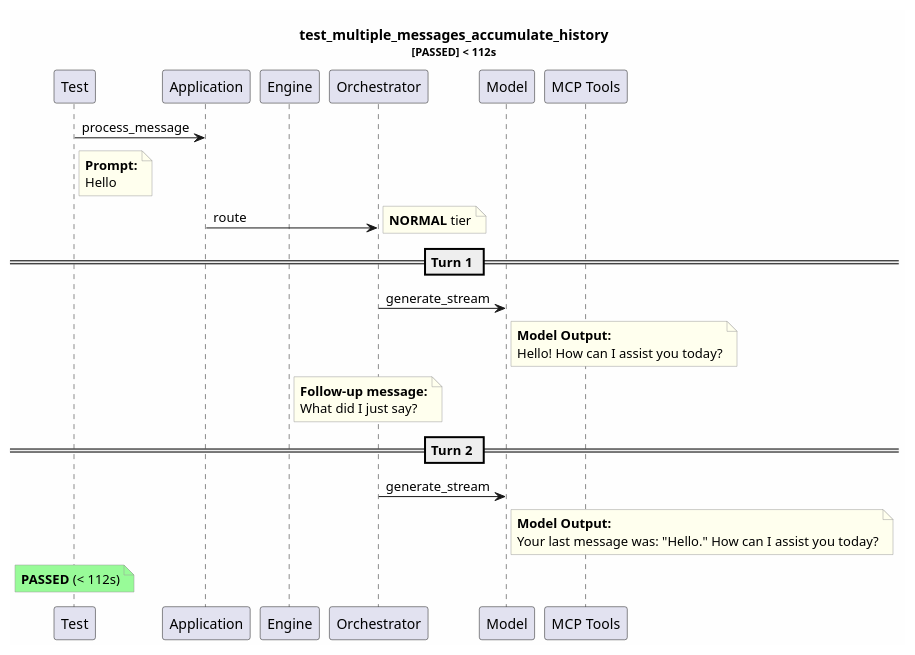
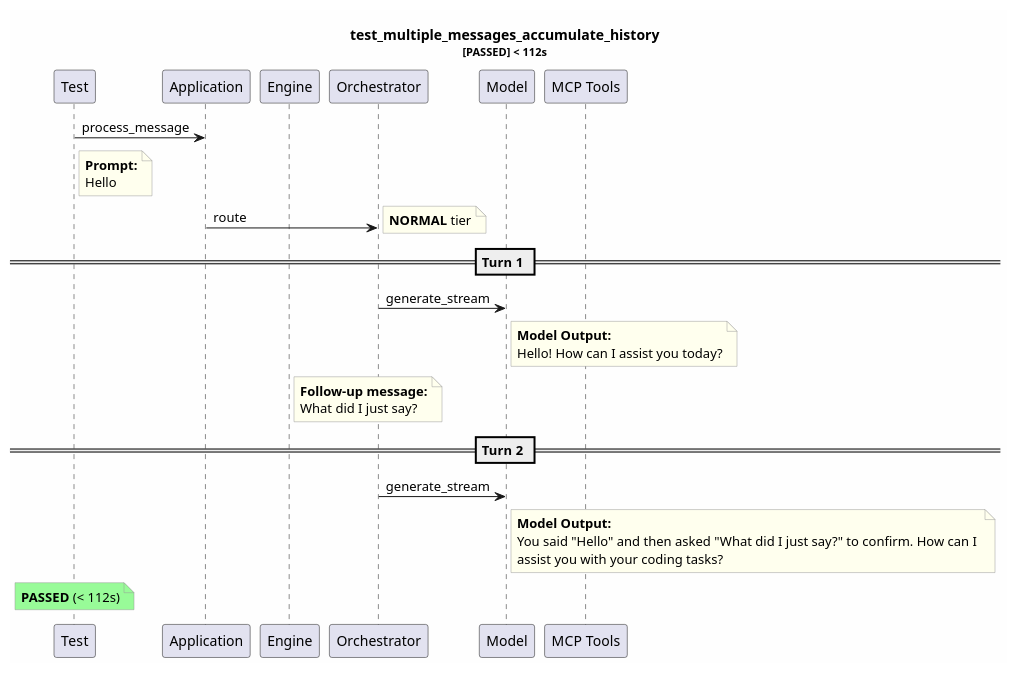
The diagram in test-reports/logs/test_multiple_messages_accumulate_history/test_multiple_messages_accumulate_history.puml (tvanfossen/entropic), drawn with PlantUML before and after one commit. The commit also changed 76 other files, not shown here.

```diff
--- a/test-reports/logs/test_multiple_messages_accumulate_history/test_multiple_messages_accumulate_history.puml
+++ b/test-reports/logs/test_multiple_messages_accumulate_history/test_multiple_messages_accumulate_history.puml
@@ -1,41 +1,42 @@
 @startuml
 skinparam backgroundColor #FEFEFE
 skinparam noteBorderColor #999999
 skinparam noteBackgroundColor #FFFFEE
 title test_multiple_messages_accumulate_history\n<size:11>[PASSED] < 112s</size>
 
 participant "Test" as T
 participant "Application" as App
 participant "Engine" as Eng
 participant "Orchestrator" as Orch
 participant "Model" as Mdl
 participant "MCP Tools" as MCP
 
 T -> App: process_message
 note right of T
   **Prompt:**
   Hello
 end note
 App -> Orch: route
 note right: **NORMAL** tier
 == Turn 1 ==
 Orch -> Mdl: generate_stream
 note right of Mdl
   **Model Output:**
   Hello! How can I assist you today?
 end note
 note right of Eng
   **Follow-up message:**
   What did I just say?
 end note
 == Turn 2 ==
 Orch -> Mdl: generate_stream
 note right of Mdl
   **Model Output:**
-  Your last message was: "Hello." How can I assist you today?
+  You said "Hello" and then asked "What did I just say?" to confirm. How can I 
+  assist you with your coding tasks?
 end note
 note over T #palegreen
   **PASSED** (< 112s)
 end note
 
 @enduml
```
